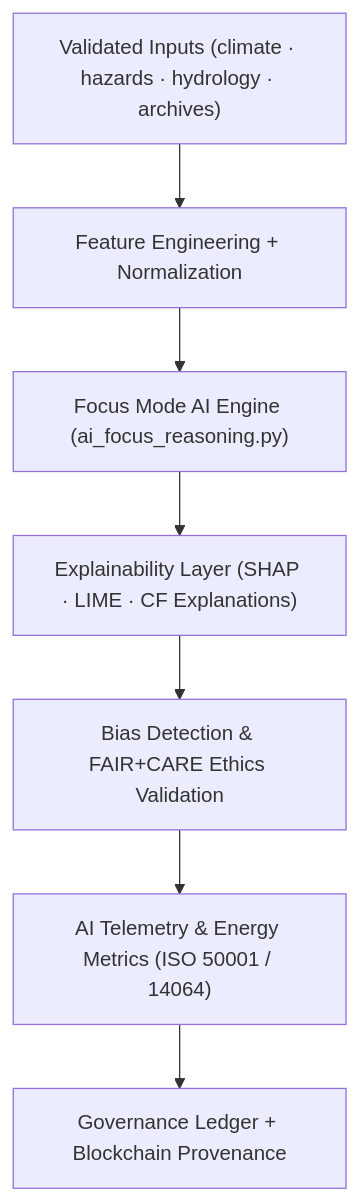
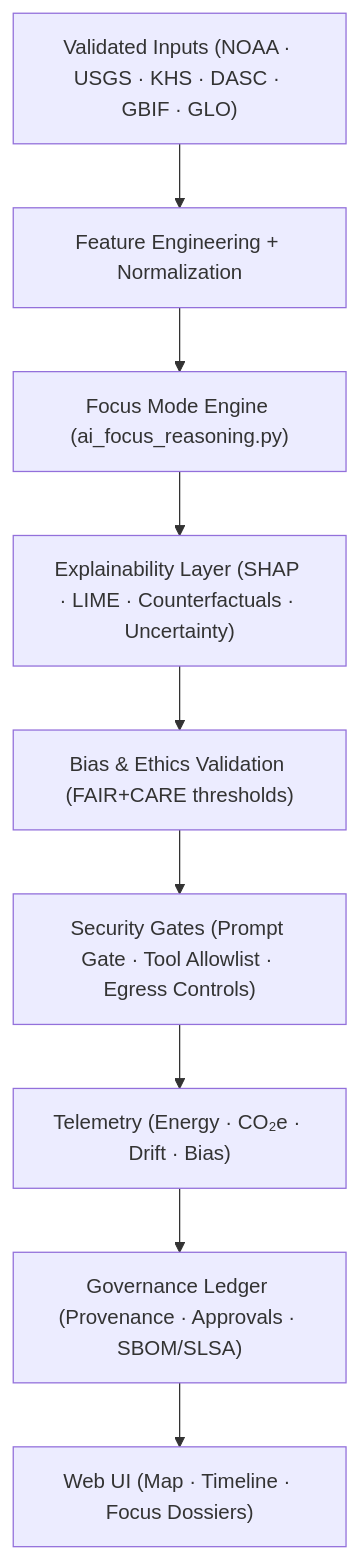
One commit to bartytime4life/Kansas-Frontier-Matrix changed the first of 2 diagrams in docs/architecture/ai-system-architecture.md. Above: the diagram before and after it, drawn with Mermaid. The commit also changed other lines of this file, not shown here.

First line of the commit message:
Upgrade AI System Architecture to v10.2.3

````diff
--- a/docs/architecture/ai-system-architecture.md
+++ b/docs/architecture/ai-system-architecture.md
@@ -65,9 +78,11 @@
 ```mermaid
 flowchart TD
-    A["Validated Inputs (climate · hazards · hydrology · archives)"] --> B["Feature Engineering + Normalization"]
-    B --> C["Focus Mode AI Engine (ai_focus_reasoning.py)"]
-    C --> D["Explainability Layer (SHAP · LIME · CF Explanations)"]
-    D --> E["Bias Detection & FAIR+CARE Ethics Validation"]
-    E --> F["AI Telemetry & Energy Metrics (ISO 50001 / 14064)"]
-    F --> G["Governance Ledger + Blockchain Provenance"]
+    A["Validated Inputs (NOAA · USGS · KHS · DASC · GBIF · GLO)"] --> B["Feature Engineering + Normalization"]
+    B --> C["Focus Mode Engine (ai_focus_reasoning.py)"]
+    C --> D["Explainability Layer (SHAP · LIME · Counterfactuals · Uncertainty)"]
+    D --> E["Bias & Ethics Validation (FAIR+CARE thresholds)"]
+    E --> F["Security Gates (Prompt Gate · Tool Allowlist · Egress Controls)"]
+    F --> G["Telemetry (Energy · CO₂e · Drift · Bias)"]
+    G --> H["Governance Ledger (Provenance · Approvals · SBOM/SLSA)"]
+    H --> I["Web UI (Map · Timeline · Focus Dossiers)"]
 ```
````
